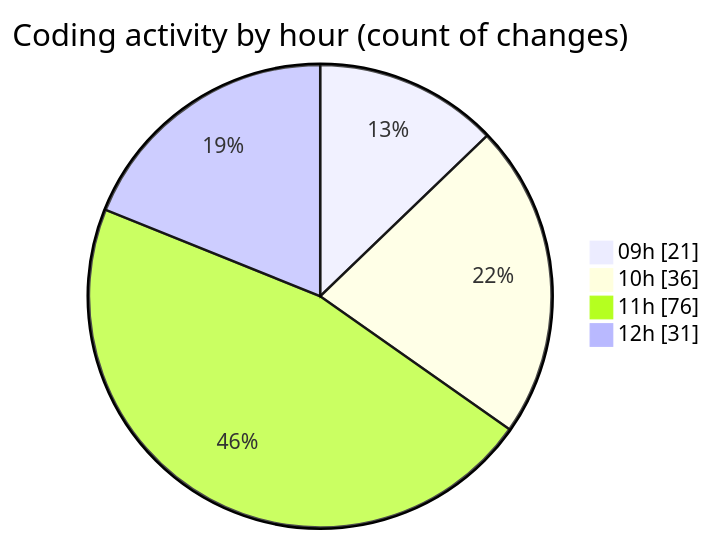
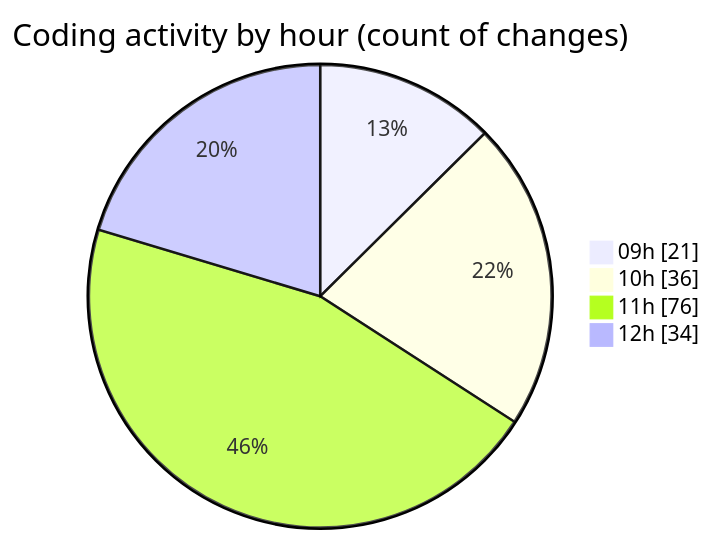
Before and after one commit to momahboobian/code-tracking: the second of 2 diagrams in 2025-09-09/cda/README.md, drawn with Mermaid. The commit also changed other lines of this file and 1 other file, not shown here.

````diff
--- a/2025-09-09/cda/README.md
+++ b/2025-09-09/cda/README.md
@@ -127,8 +129,8 @@
 ```mermaid
 pie showData
 title Coding activity by hour (count of changes)
 "09h" : 21
 "10h" : 36
 "11h" : 76
-"12h" : 31
+"12h" : 34
 ```
````
